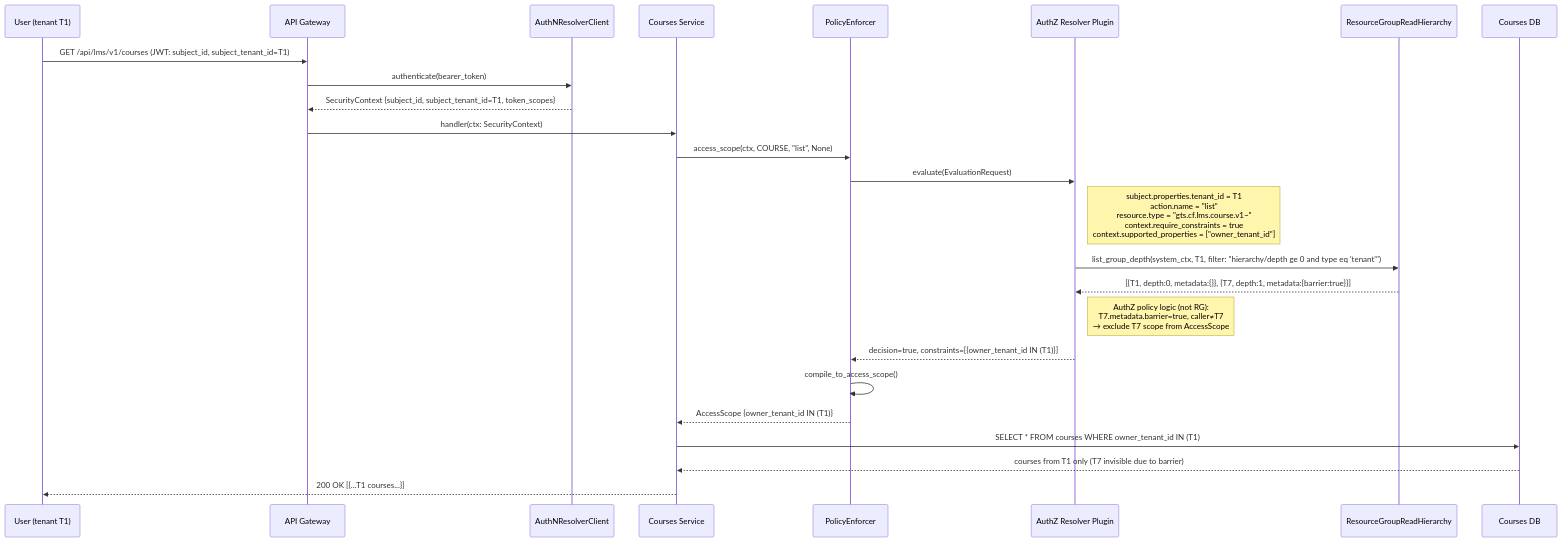
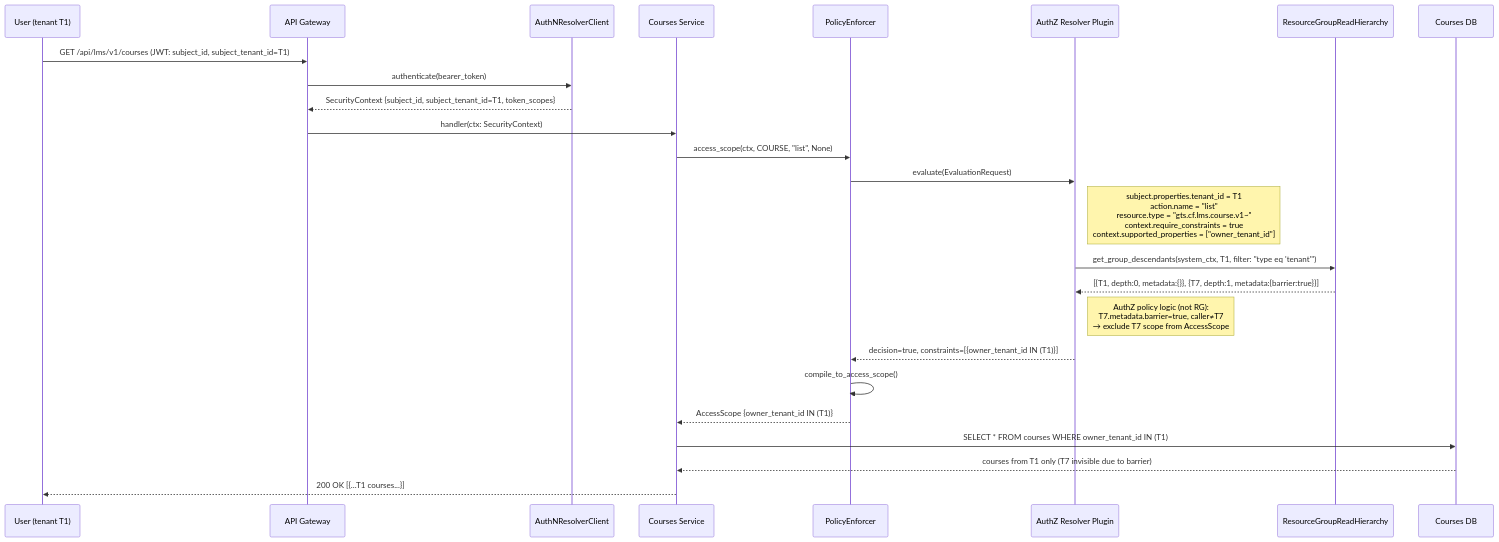
The fifth of 8 diagrams in modules/system/resource-group/docs/DESIGN.md (constructorfabric/gears-rust), drawn with Mermaid before and after one commit. The commit also changed other lines of this file and 31 other files, not shown here.

First line of the commit message:
refactor(resource-group): split list_group_depth into get_group_descendants/get_group_ancestors

````diff
--- a/modules/system/resource-group/docs/DESIGN.md
+++ b/modules/system/resource-group/docs/DESIGN.md
@@ -792,32 +795,32 @@
 ```mermaid
 sequenceDiagram
     participant U as User (tenant T1)
     participant GW as API Gateway
     participant AN as AuthNResolverClient
     participant CS as Courses Service
     participant PE as PolicyEnforcer
     participant AZ as AuthZ Resolver Plugin
     participant RG as ResourceGroupReadHierarchy
     participant DB as Courses DB
 
     U->>GW: GET /api/lms/v1/courses (JWT: subject_id, subject_tenant_id=T1)
     GW->>AN: authenticate(bearer_token)
     AN-->>GW: SecurityContext {subject_id, subject_tenant_id=T1, token_scopes}
     GW->>CS: handler(ctx: SecurityContext)
 
     CS->>PE: access_scope(ctx, COURSE, "list", None)
     PE->>AZ: evaluate(EvaluationRequest)
     Note right of AZ: subject.properties.tenant_id = T1<br/>action.name = "list"<br/>resource.type = "gts.cf.lms.course.v1~"<br/>context.require_constraints = true<br/>context.supported_properties = ["owner_tenant_id"]
 
-    AZ->>RG: list_group_depth(system_ctx, T1, filter: "hierarchy/depth ge 0 and type eq 'tenant'")
+    AZ->>RG: get_group_descendants(system_ctx, T1, filter: "type eq 'tenant'")
     RG-->>AZ: [{T1, depth:0, metadata:{}}, {T7, depth:1, metadata:{barrier:true}}]
     Note right of AZ: AuthZ policy logic (not RG):<br/>T7.metadata.barrier=true, caller≠T7<br/>→ exclude T7 scope from AccessScope
 
     AZ-->>PE: decision=true, constraints=[{owner_tenant_id IN (T1)}]
     PE->>PE: compile_to_access_scope()
     PE-->>CS: AccessScope {owner_tenant_id IN (T1)}
 
     CS->>DB: SELECT * FROM courses WHERE owner_tenant_id IN (T1)
     DB-->>CS: courses from T1 only (T7 invisible due to barrier)
     CS-->>U: 200 OK [{...T1 courses...}]
 ```
````
